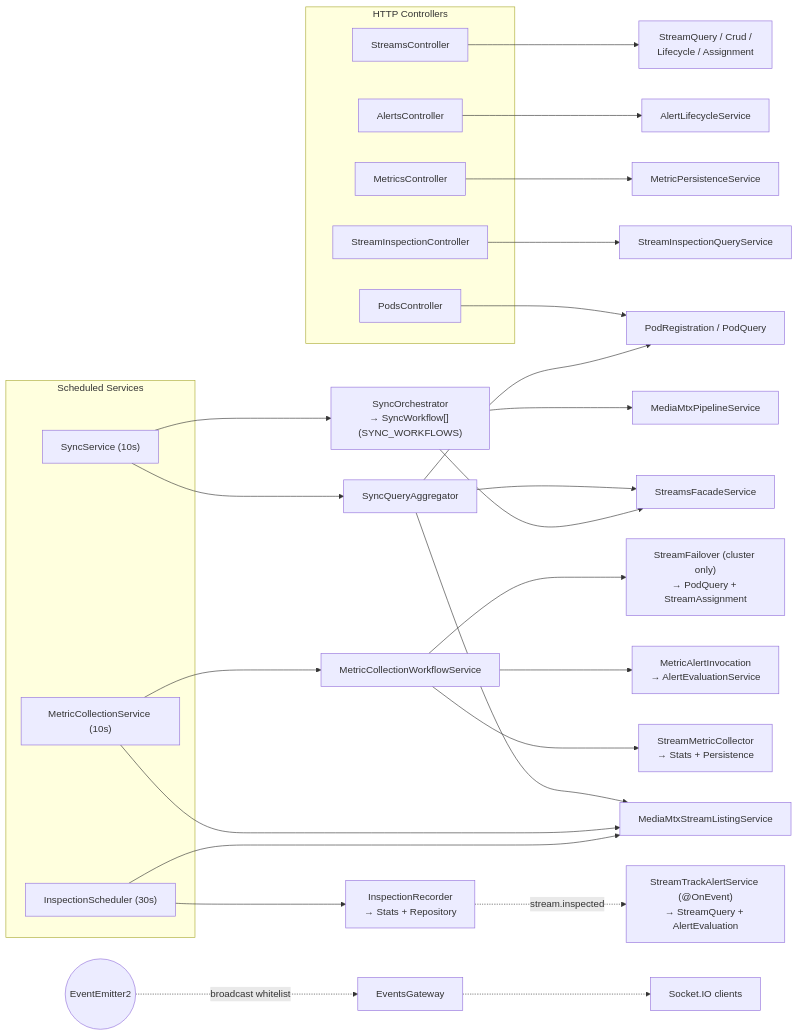
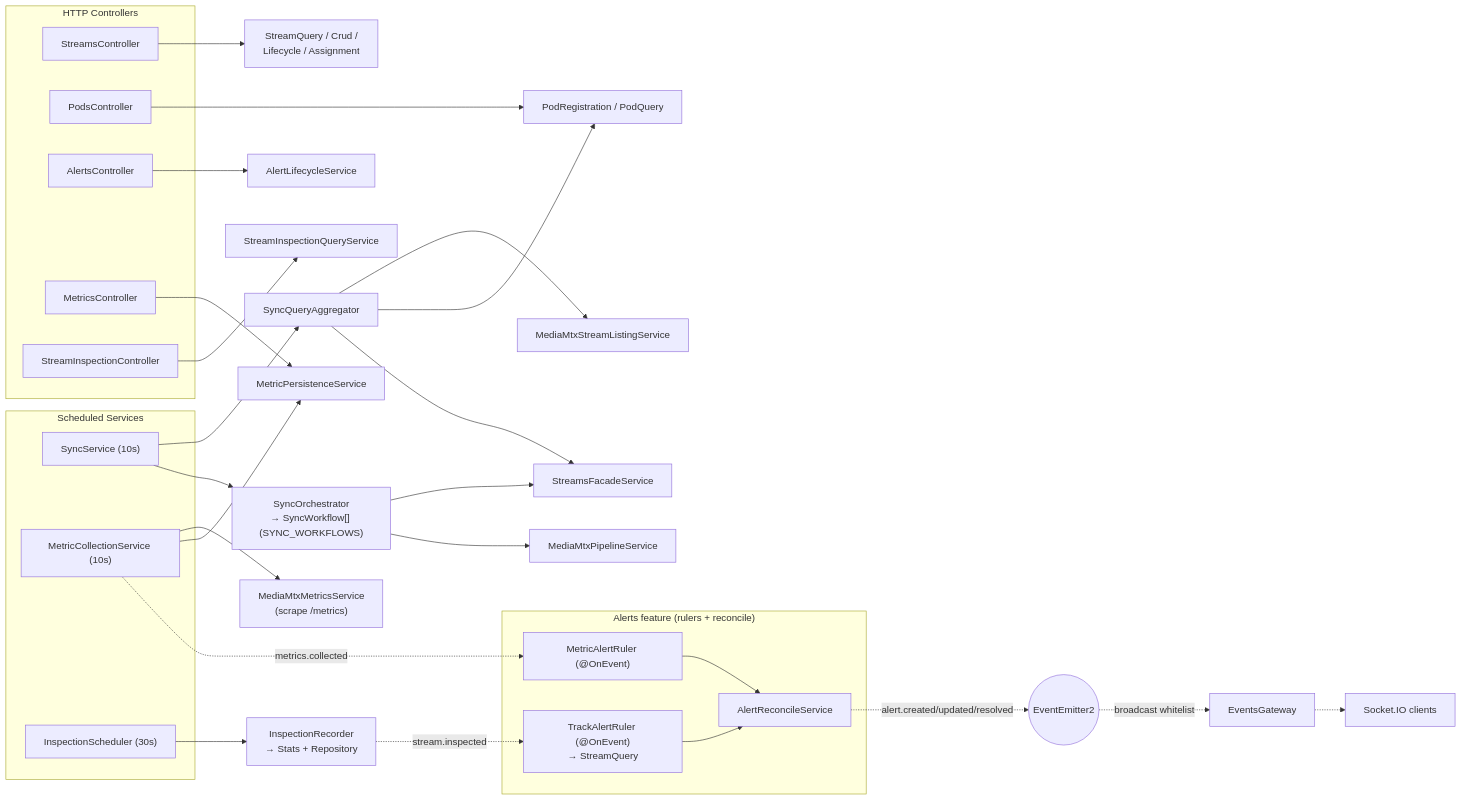
One commit to emanuel74-bit/media-sync changed the fifth of 6 diagrams in backend/SYSTEM_DOCUMENTATION.md. Above: the diagram before and after it, drawn with Mermaid. The commit also changed other lines of this file and 138 other files, not shown here.

Commit message:
fixed metrics feature

````diff
--- a/backend/SYSTEM_DOCUMENTATION.md
+++ b/backend/SYSTEM_DOCUMENTATION.md
@@ -547,42 +551,47 @@
 ```mermaid
 flowchart LR
     subgraph http["HTTP Controllers"]
         StreamsC[StreamsController]
         PodsC[PodsController]
         AlertsC[AlertsController]
         MetricsC[MetricsController]
         InspC[StreamInspectionController]
     end
 
     subgraph cron["Scheduled Services"]
         SyncS["SyncService (10s)"]
         MetricS["MetricCollectionService (10s)"]
         InspS["InspectionScheduler (30s)"]
     end
 
     StreamsC --> StrSvc["StreamQuery / Crud /<br/>Lifecycle / Assignment"]
     PodsC --> PodSvc["PodRegistration / PodQuery"]
     AlertsC --> AlertLife[AlertLifecycleService]
     MetricsC --> MetricPersist[MetricPersistenceService]
     InspC --> InspQuery[StreamInspectionQueryService]
 
     SyncS --> Agg[SyncQueryAggregator]
     SyncS --> Orch["SyncOrchestrator<br/>→ SyncWorkflow[] (SYNC_WORKFLOWS)"]
     Agg --> Listing[MediaMtxStreamListingService]
     Agg --> PodSvc
     Agg --> Facade[StreamsFacadeService]
     Orch --> Facade
     Orch --> Pipeline[MediaMtxPipelineService]
 
-    MetricS --> Listing
-    MetricS --> Workflow[MetricCollectionWorkflowService]
-    Workflow --> Collector["StreamMetricCollector<br/>→ Stats + Persistence"]
-    Workflow --> AlertInvoke["MetricAlertInvocation<br/>→ AlertEvaluationService"]
-    Workflow --> Failover["StreamFailover (cluster only)<br/>→ PodQuery + StreamAssignment"]
+    MetricS --> MetricsSvc["MediaMtxMetricsService<br/>(scrape /metrics)"]
+    MetricS --> MetricPersist
+    MetricS -. "metrics.collected" .-> MRuler
 
-    InspS --> Listing
     InspS --> Recorder["InspectionRecorder<br/>→ Stats + Repository"]
-    Recorder -. "stream.inspected" .-> TrackAlert["StreamTrackAlertService (@OnEvent)<br/>→ StreamQuery + AlertEvaluation"]
+    Recorder -. "stream.inspected" .-> TRuler
+
+    subgraph alerts["Alerts feature (rulers + reconcile)"]
+        MRuler["MetricAlertRuler (@OnEvent)"]
+        TRuler["TrackAlertRuler (@OnEvent)<br/>→ StreamQuery"]
+        MRuler --> Reconcile[AlertReconcileService]
+        TRuler --> Reconcile
+    end
+    Reconcile -. "alert.created/updated/resolved" .-> Bus
 
     Bus(("EventEmitter2")) -. "broadcast whitelist" .-> Gateway[EventsGateway] -.-> Clients["Socket.IO clients"]
 ```
````
